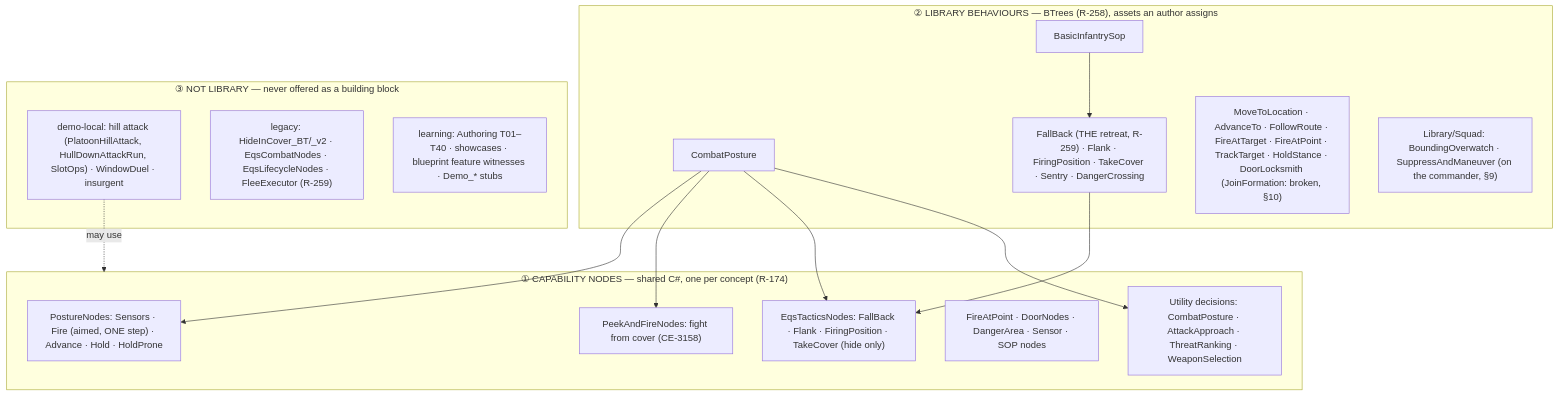
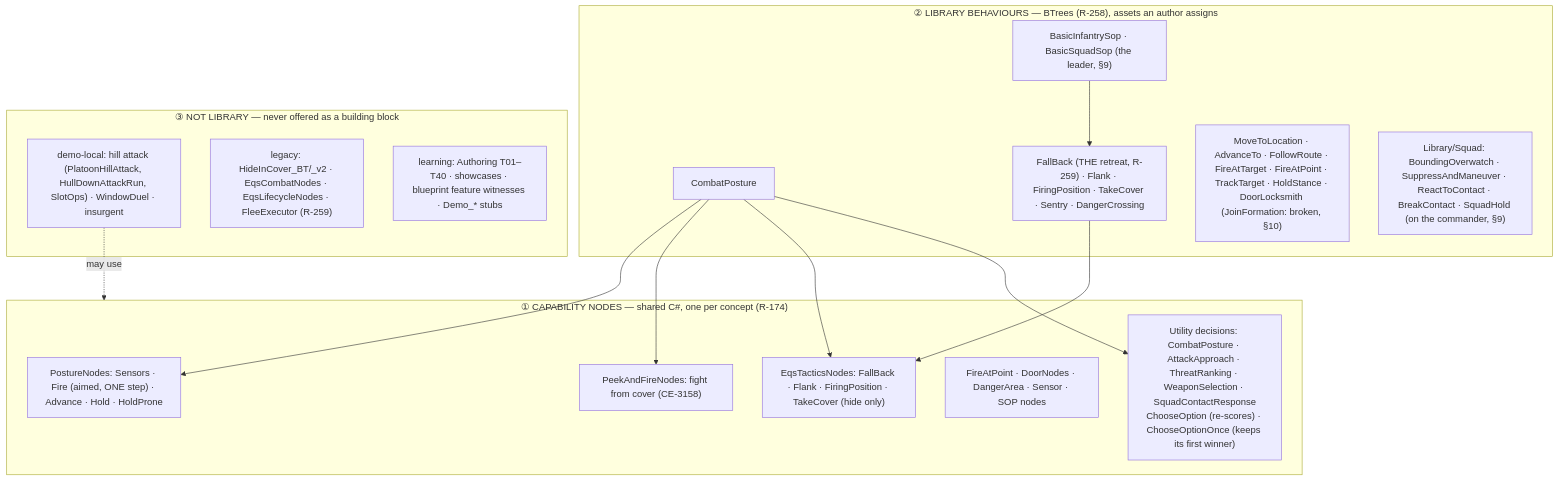
The seventh of 10 diagrams in docs/OVERVIEW_Behaviour_Building_Blocks.md (pjanec/HROT), drawn with Mermaid before and after one commit. The commit also changed other lines of this file and 1 other file, not shown here.

First line of the commit message:
CE-2123 S2: the map and Sensors & Doctrine §7.3 learn the squad edges, the squad SOP and the three squad drills (cross-doc fold, behaviors lane)

````diff
--- a/docs/OVERVIEW_Behaviour_Building_Blocks.md
+++ b/docs/OVERVIEW_Behaviour_Building_Blocks.md
@@ -230,29 +231,29 @@
 ```mermaid
 graph TD
   subgraph L1["① CAPABILITY NODES — shared C#, one per concept (R-174)"]
     PS["PostureNodes: Sensors · Fire (aimed, ONE step) · Advance · Hold · HoldProne"]
     PF["PeekAndFireNodes: fight from cover (CE-3158)"]
     ET["EqsTacticsNodes: FallBack · Flank · FiringPosition · TakeCover (hide only)"]
     FP["FireAtPoint · DoorNodes · DangerArea · Sensor · SOP nodes"]
-    UT["Utility decisions: CombatPosture · AttackApproach · ThreatRanking · WeaponSelection"]
+    UT["Utility decisions: CombatPosture · AttackApproach · ThreatRanking · WeaponSelection · SquadContactResponse<br/>ChooseOption (re-scores) · ChooseOptionOnce (keeps its first winner)"]
   end
   subgraph L2["② LIBRARY BEHAVIOURS — BTrees (R-258), assets an author assigns"]
     CP["CombatPosture"]
     TK["FallBack (THE retreat, R-259) · Flank · FiringPosition · TakeCover · Sentry · DangerCrossing"]
-    SOP["BasicInfantrySop"]
+    SOP["BasicInfantrySop · BasicSquadSop (the leader, §9)"]
     ORD["MoveToLocation · AdvanceTo · FollowRoute · FireAtTarget · FireAtPoint · TrackTarget · HoldStance · DoorLocksmith (JoinFormation: broken, §10)"]
-    SQ["Library/Squad: BoundingOverwatch · SuppressAndManeuver (on the commander, §9)"]
+    SQ["Library/Squad: BoundingOverwatch · SuppressAndManeuver · ReactToContact · BreakContact · SquadHold (on the commander, §9)"]
   end
   subgraph L3["③ NOT LIBRARY — never offered as a building block"]
     DM["demo-local: hill attack (PlatoonHillAttack, HullDownAttackRun, SlotOps) · WindowDuel · insurgent"]
     LG["legacy: HideInCover_BT/_v2 · EqsCombatNodes · EqsLifecycleNodes · FleeExecutor (R-259)"]
     LR["learning: Authoring T01–T40 · showcases · blueprint feature witnesses · Demo_* stubs"]
   end
   CP --> PS
   CP --> PF
   CP --> ET
   CP --> UT
   TK --> ET
   SOP --> TK
   DM -.->|may use| L1
 ```
````
